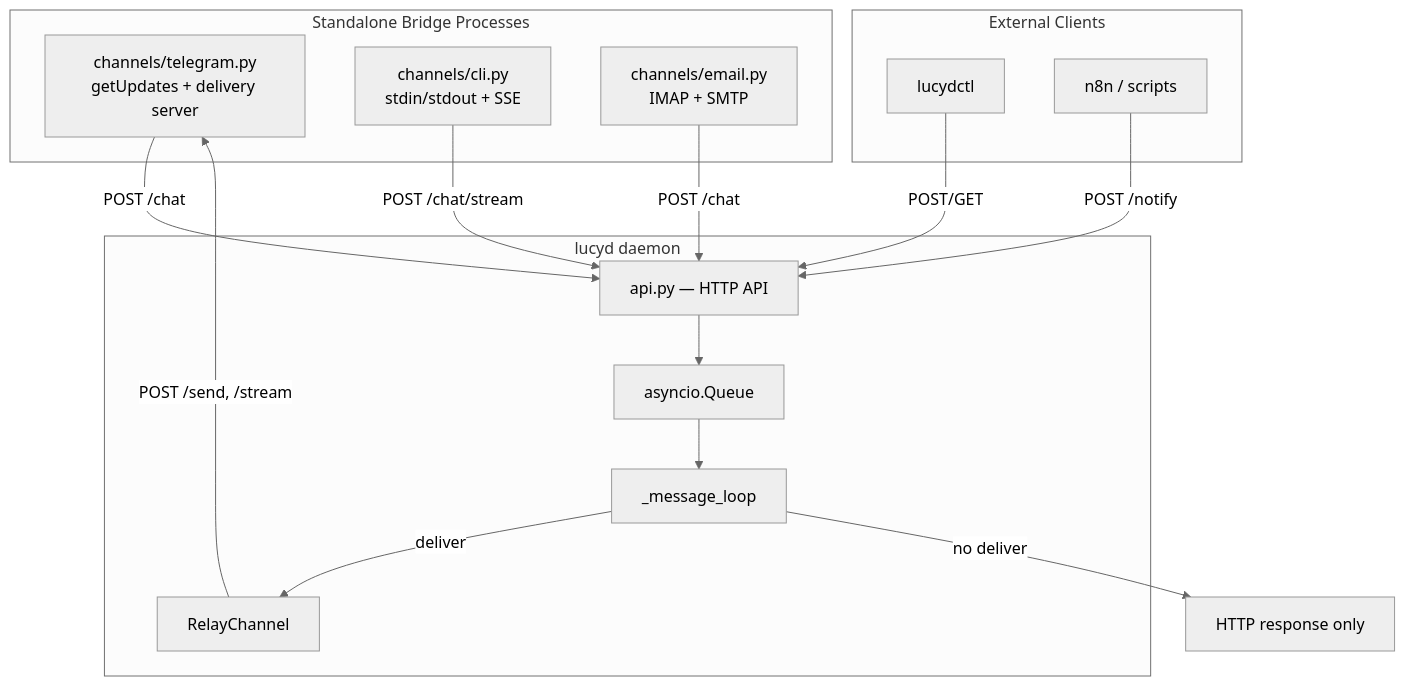
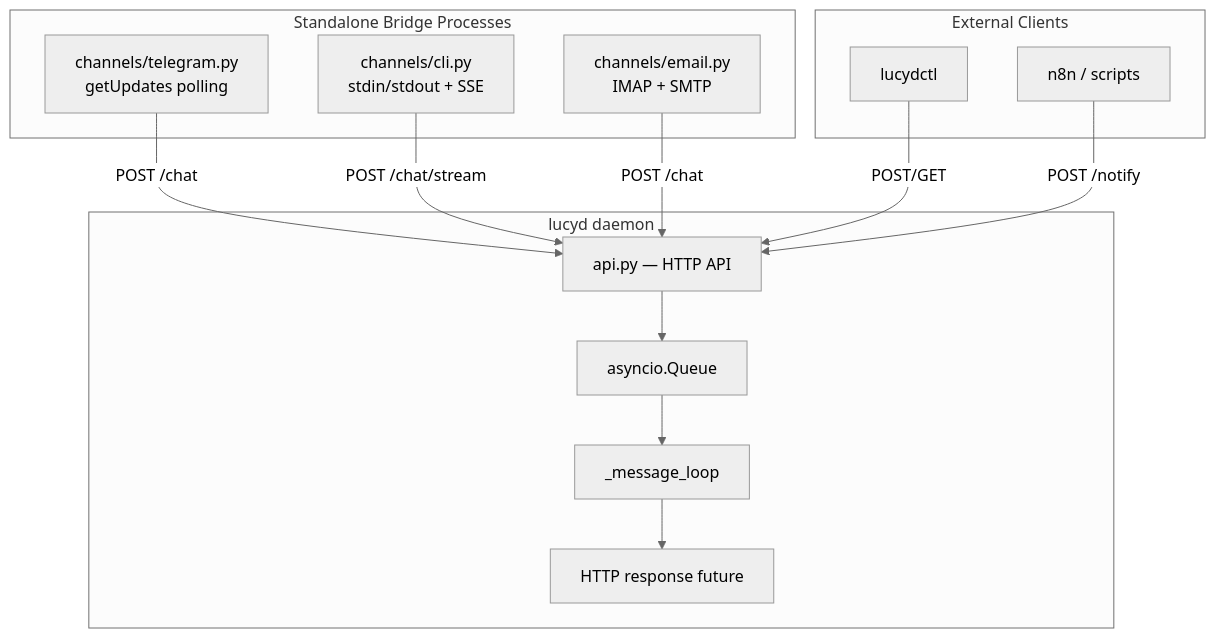
One commit to nicolasforstinger/lucyd changed the eighth of 10 diagrams in docs/diagrams.md. Above: the diagram before and after it, drawn with Mermaid (neutral theme). The commit also changed other lines of this file and 8 other files, not shown here.

````diff
--- a/docs/diagrams.md
+++ b/docs/diagrams.md
@@ -293,33 +293,29 @@
 ```mermaid
 flowchart TD
     subgraph Bridges["Standalone Bridge Processes"]
-        TG["channels/telegram.py<br/>getUpdates + delivery server"]
+        TG["channels/telegram.py<br/>getUpdates polling"]
         CLI["channels/cli.py<br/>stdin/stdout + SSE"]
         EMAIL["channels/email.py<br/>IMAP + SMTP"]
     end
 
     subgraph Daemon["lucyd daemon"]
         API["api.py — HTTP API"]
         Q["asyncio.Queue"]
         LOOP["_message_loop"]
-        RELAY["RelayChannel"]
+        FUTURE["HTTP response future"]
     end
 
     subgraph External["External Clients"]
         CTL["lucydctl"]
         N8N["n8n / scripts"]
     end
 
     TG -->|"POST /chat"| API
     CLI -->|"POST /chat/stream"| API
     EMAIL -->|"POST /chat"| API
     CTL -->|"POST/GET"| API
     N8N -->|"POST /notify"| API
 
     API --> Q --> LOOP
-
-    LOOP -->|deliver| RELAY
-    LOOP -->|no deliver| FUTURE["HTTP response only"]
-
-    RELAY -->|"POST /send, /stream"| TG
+    LOOP --> FUTURE
 ```
````
